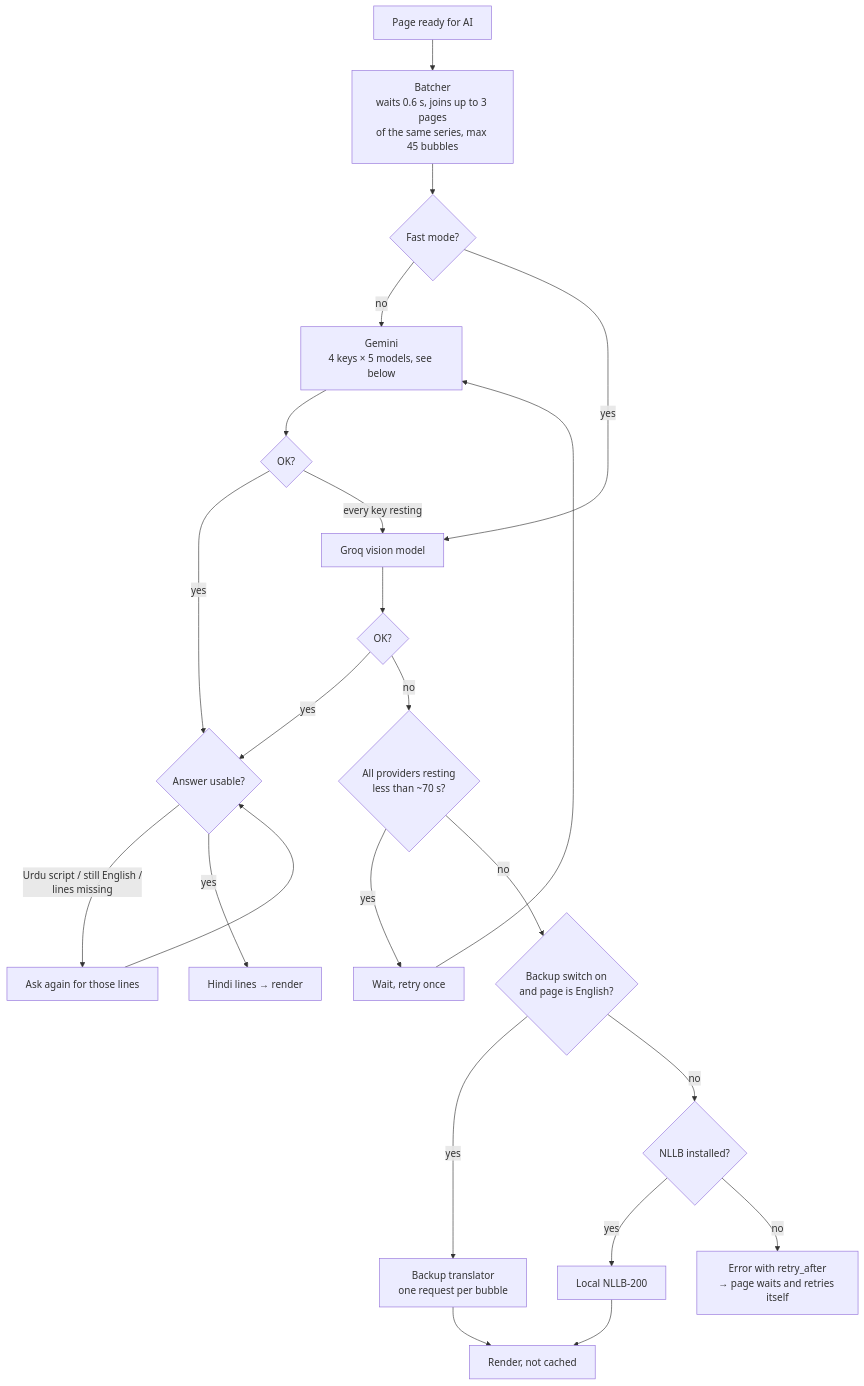
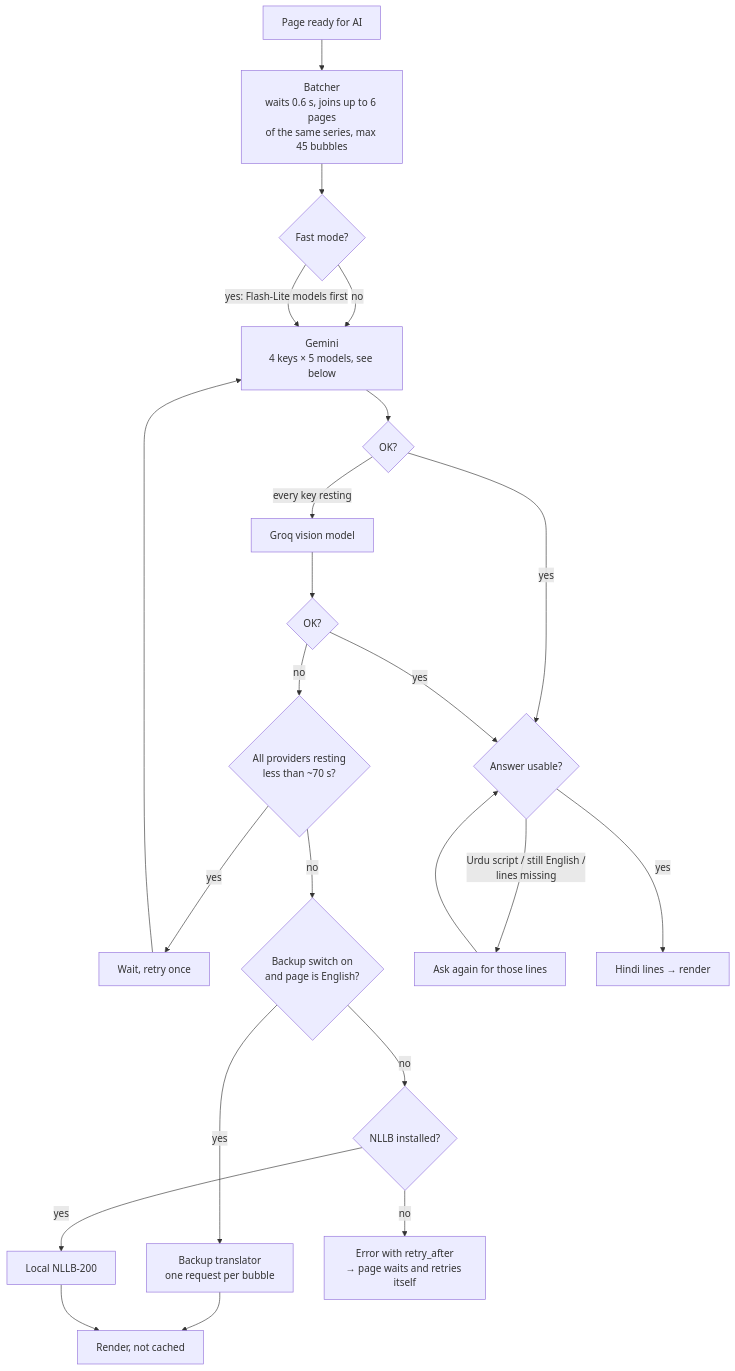
Before and after one commit to jitendra205saini/Manga-Translator: the fifth of 7 diagrams in docs/ARCHITECTURE.md, drawn with Mermaid. The commit also changed other lines of this file and 11 other files, not shown here.

Commit message:
v2.9.1: tez webtoon (6 tukde ek request, 8 ek saath, Fast mode = Flash-Lite pehle), GPU crash fix, language sirf bubbles se, atka Gemini model 22s mein chhodo

````diff
--- a/docs/ARCHITECTURE.md
+++ b/docs/ARCHITECTURE.md
@@ -176,25 +176,25 @@
 ```mermaid
 flowchart TD
-    J["Page ready for AI"] --> BQ["Batcher<br/>waits 0.6 s, joins up to 3 pages<br/>of the same series, max 45 bubbles"]
+    J["Page ready for AI"] --> BQ["Batcher<br/>waits 0.6 s, joins up to 6 pages<br/>of the same series, max 45 bubbles"]
     BQ --> F{"Fast mode?"}
     F -->|no| G1
-    F -->|yes| Q1
+    F -->|"yes: Flash-Lite models first"| G1
 
     G1["Gemini<br/>4 keys × 5 models, see below"] --> GR{"OK?"}
     GR -->|yes| CHK
     GR -->|"every key resting"| Q1
 
     Q1["Groq vision model"] --> QR{"OK?"}
     QR -->|yes| CHK
     QR -->|no| W{"All providers resting<br/>less than ~70 s?"}
     W -->|yes| WAIT["Wait, retry once"] --> G1
     W -->|no| FB
 
     CHK{"Answer usable?"} -->|"Urdu script / still English /<br/>lines missing"| RE["Ask again for those lines"] --> CHK
     CHK -->|yes| DONE["Hindi lines → render"]
 
     FB{"Backup switch on<br/>and page is English?"} -->|yes| BK["Backup translator<br/>one request per bubble"] --> DONE2["Render, not cached"]
     FB -->|no| NL{"NLLB installed?"}
     NL -->|yes| NLLB["Local NLLB-200"] --> DONE2
     NL -->|no| LIM["Error with retry_after<br/>→ page waits and retries itself"]
 ```
````
